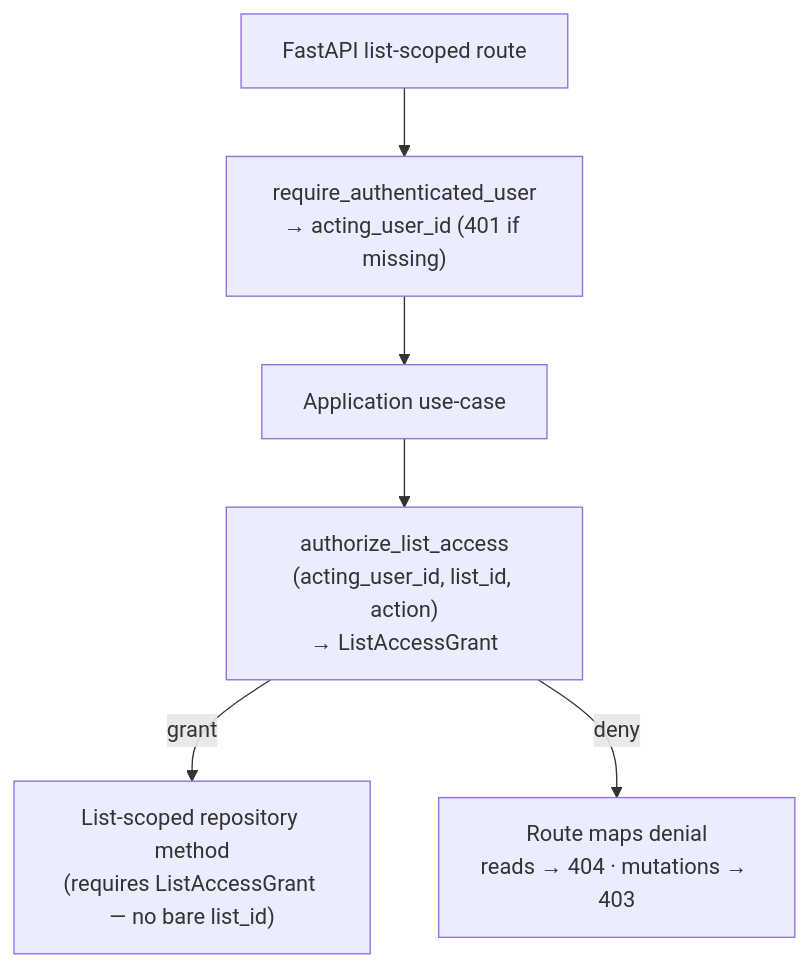
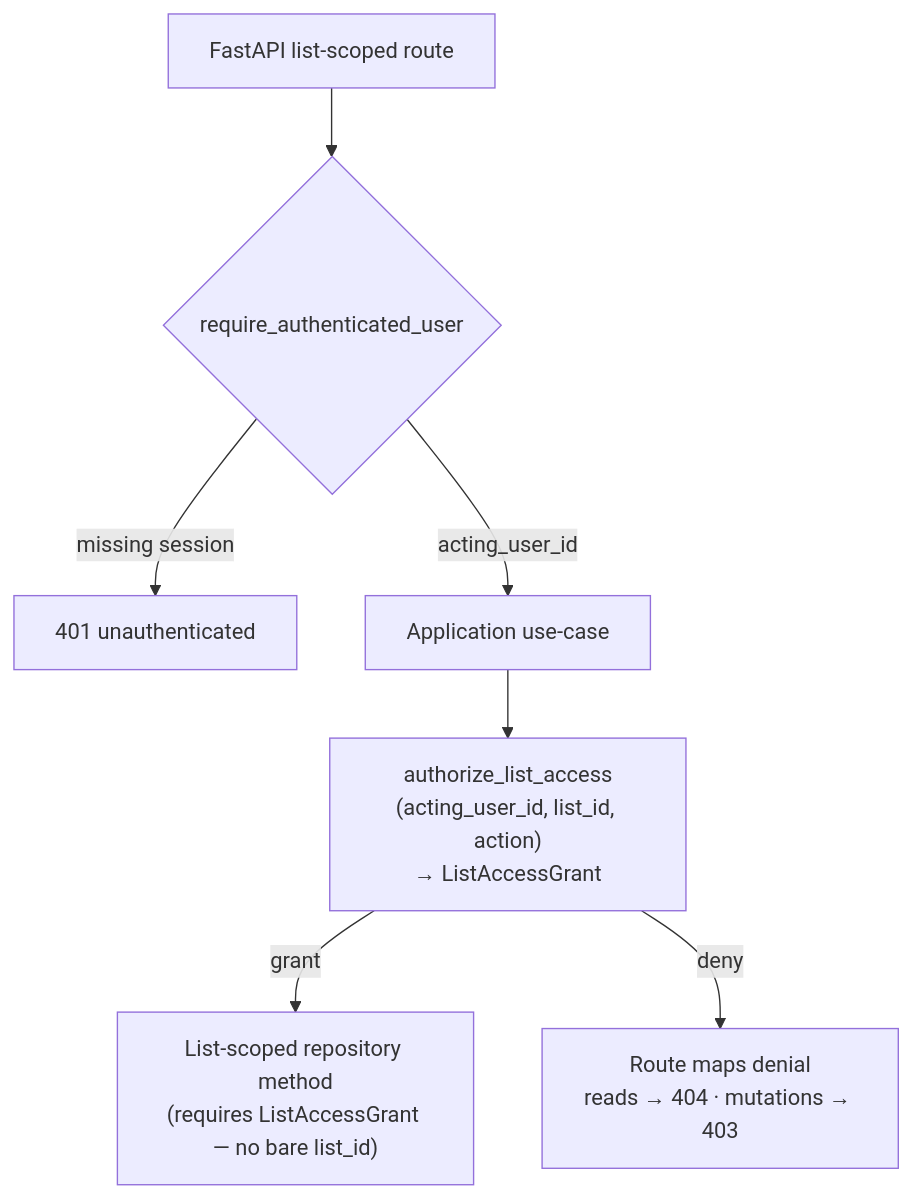
The diagram in _bmad-output/planning-artifacts/architecture/architecture-finance-helper-2026-08-03/membership-acl-enforcement-sketch.md (snsm-uptime/finance-dashboard), drawn with Mermaid before and after one commit. The commit also changed other lines of this file and 4 other files, not shown here.

````diff
--- a/_bmad-output/planning-artifacts/architecture/architecture-finance-helper-2026-08-03/membership-acl-enforcement-sketch.md
+++ b/_bmad-output/planning-artifacts/architecture/architecture-finance-helper-2026-08-03/membership-acl-enforcement-sketch.md
@@ -14,15 +14,17 @@
 ```mermaid
 flowchart TD
   Route["FastAPI list-scoped route"]
-  Auth["require_authenticated_user\n→ acting_user_id (401 if missing)"]
+  Auth{"require_authenticated_user"}
+  Unauth["401 unauthenticated"]
   App["Application use-case"]
   Port["authorize_list_access\n(acting_user_id, list_id, action)\n→ ListAccessGrant"]
   Repo["List-scoped repository method\n(requires ListAccessGrant — no bare list_id)"]
   Deny["Route maps denial\nreads → 404 · mutations → 403"]
 
   Route --> Auth
-  Auth --> App
+  Auth -->|missing session| Unauth
+  Auth -->|acting_user_id| App
   App --> Port
   Port -->|grant| Repo
   Port -->|deny| Deny
 ```
````
